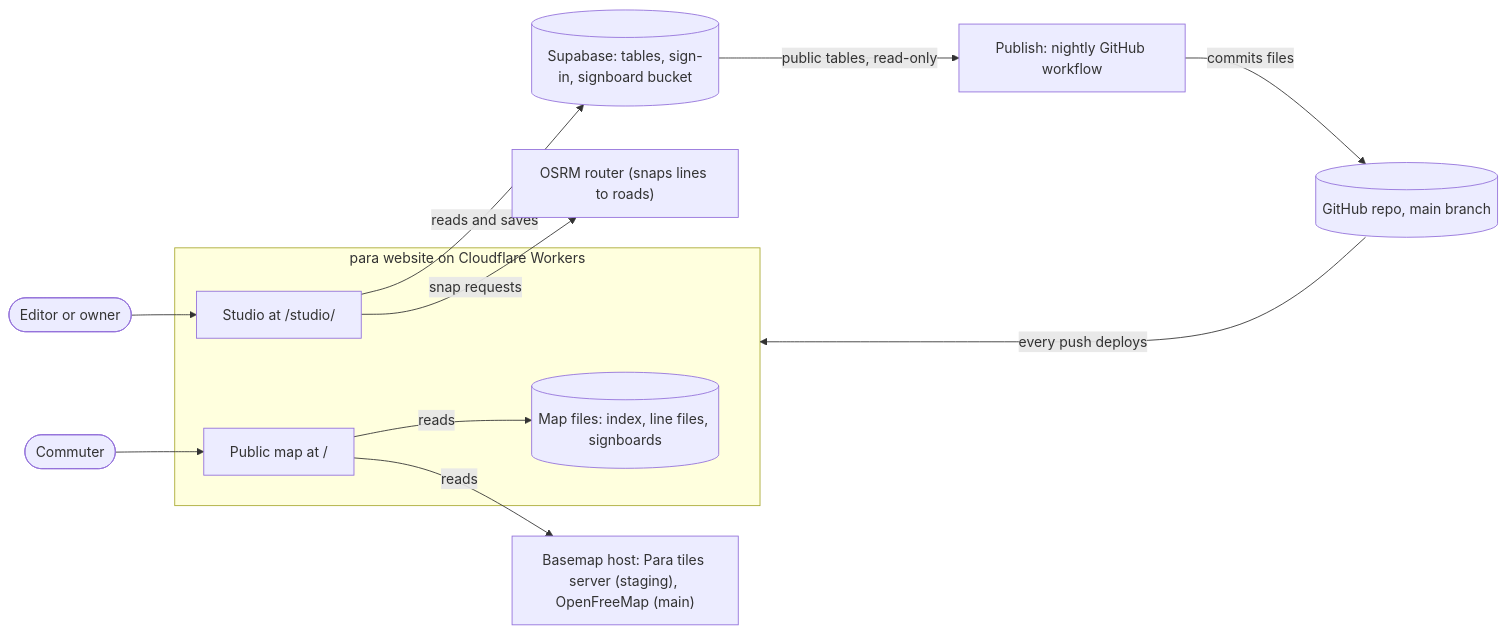
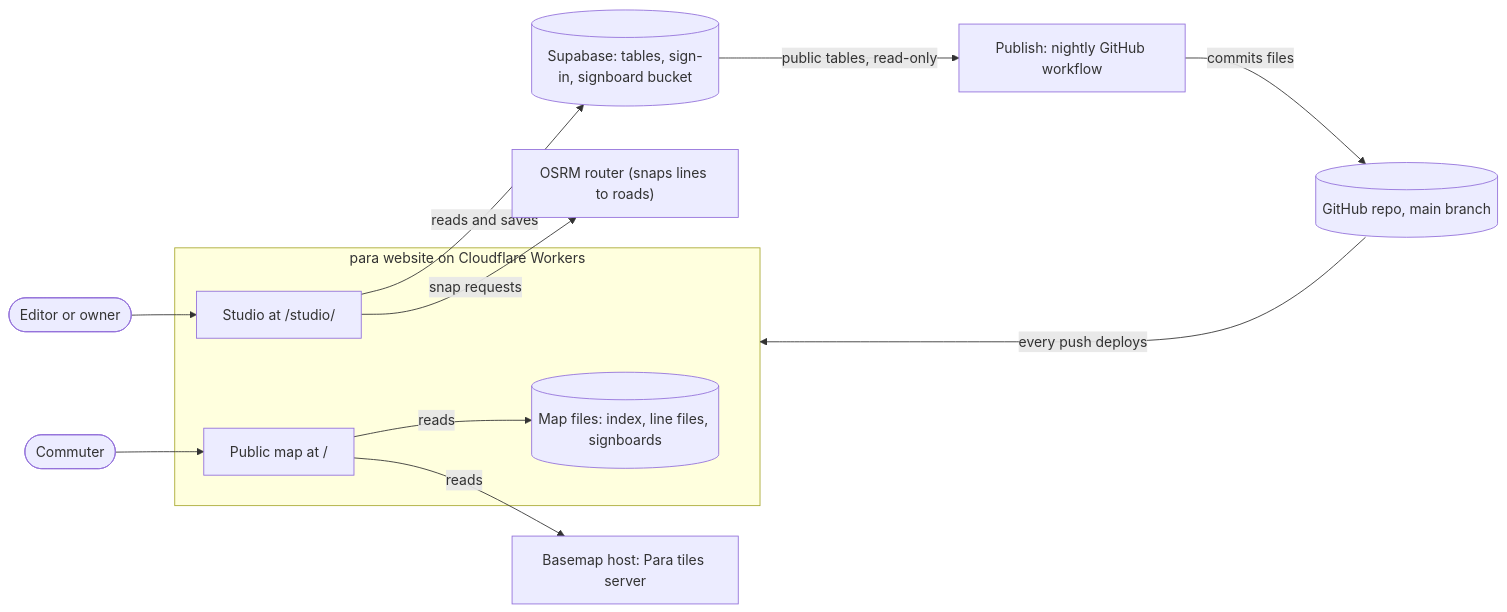
Before and after one commit to ParaOrg/Para: the first of 3 diagrams in docs/system-design.md, drawn with Mermaid. The commit also changed other lines of this file and 9 other files, not shown here.

First line of the commit message:
docs: match today's deploys, basemap, studio folders and draft flow

````diff
--- a/docs/system-design.md
+++ b/docs/system-design.md
@@ -12,27 +12,27 @@
 ```mermaid
 flowchart LR
   editor(["Editor or owner"])
   commuter(["Commuter"])
 
   subgraph site["para website on Cloudflare Workers"]
     studio["Studio at /studio/"]
     publicmap["Public map at /"]
     files[("Map files: index, line files, signboards")]
   end
 
   db[("Supabase: tables, sign-in, signboard bucket")]
   publish["Publish: nightly GitHub workflow"]
   repo[("GitHub repo, main branch")]
   osrm["OSRM router (snaps lines to roads)"]
-  tiles["Basemap host: Para tiles server (staging), OpenFreeMap (main)"]
+  tiles["Basemap host: Para tiles server"]
 
   editor --> studio
   studio -- "reads and saves" --> db
   studio -- "snap requests" --> osrm
   db -- "public tables, read-only" --> publish
   publish -- "commits files" --> repo
   repo -- "every push deploys" --> site
   commuter --> publicmap
   publicmap -- "reads" --> files
   publicmap -- "reads" --> tiles
 ```
````
